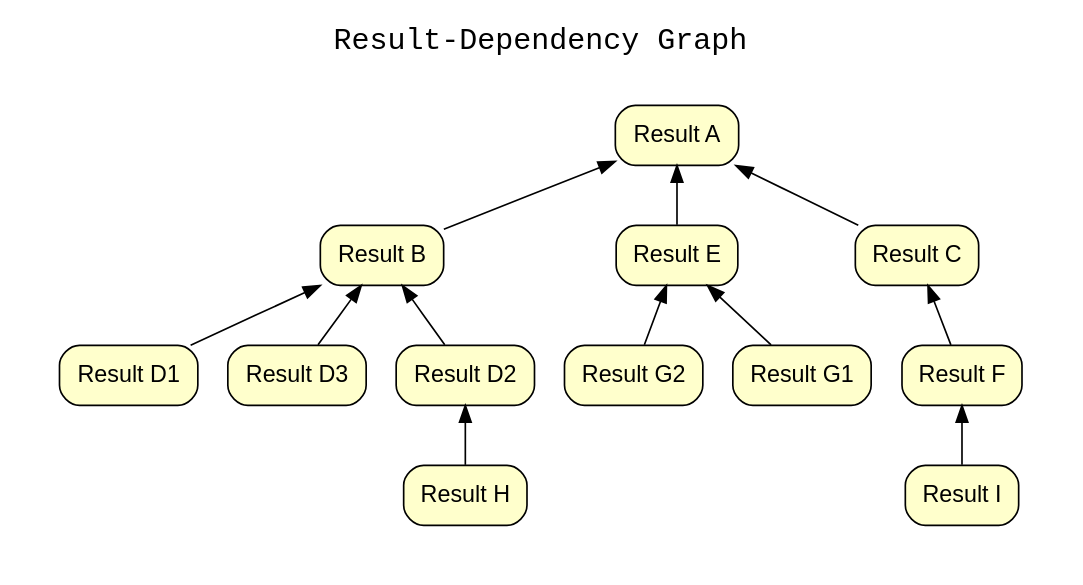
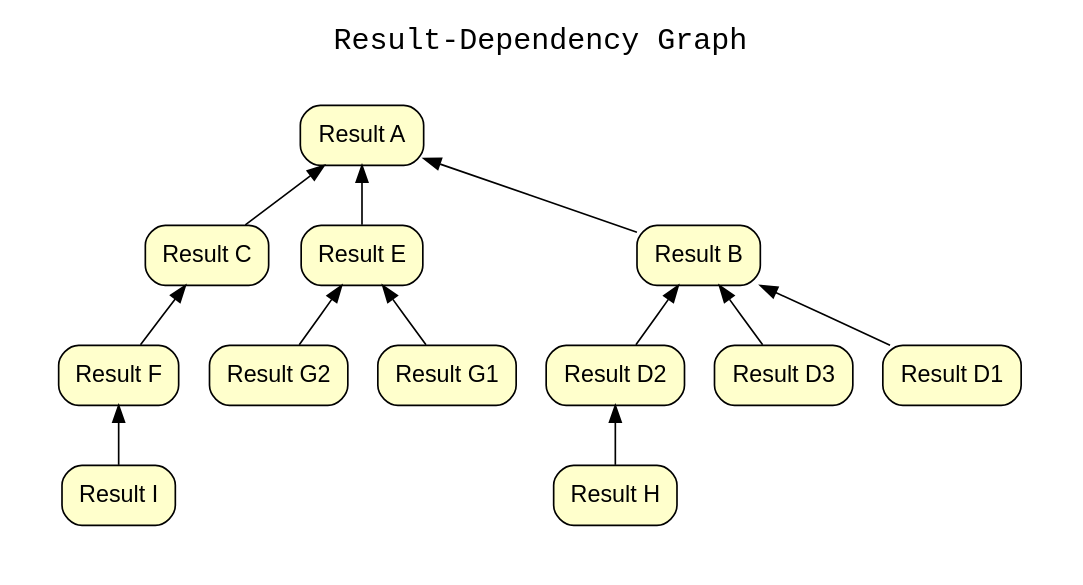
Before and after one commit to CIRSS/geist: the diagram in examples/02-blazegraph-examples/03-property-paths/outputs/S9.gv, drawn with Graphviz. The commit also changed other lines of this file and 4 other files, not shown here.

```diff
--- a/examples/02-blazegraph-examples/03-property-paths/outputs/S9.gv
+++ b/examples/02-blazegraph-examples/03-property-paths/outputs/S9.gv
@@ -1,40 +1,40 @@
 digraph wt_run {
 rankdir=BT
 
 fontname=Courier; fontsize=18; labelloc=t
 label="Result-Dependency Graph"
 
 subgraph cluster_citations { label=""; color=white; penwidth=0
 subgraph cluster_citations_inner { label=""; color=white
 
 # result nodes
 node[shape=box style="rounded,filled" fillcolor="#FFFFCC" peripheries=1 fontname=Helvetica]
 "http://learningsparql.com/ns/papers#resultA" [label="Result A"]
 "http://learningsparql.com/ns/papers#resultB" [label="Result B"]
 "http://learningsparql.com/ns/papers#resultC" [label="Result C"]
-"http://learningsparql.com/ns/papers#resultE" [label="Result E"]
-"http://learningsparql.com/ns/papers#resultF" [label="Result F"]
-"http://learningsparql.com/ns/papers#resultH" [label="Result H"]
-"http://learningsparql.com/ns/papers#resultI" [label="Result I"]
-"http://learningsparql.com/ns/papers#resultG1" [label="Result G1"]
-"http://learningsparql.com/ns/papers#resultG2" [label="Result G2"]
 "http://learningsparql.com/ns/papers#resultD1" [label="Result D1"]
 "http://learningsparql.com/ns/papers#resultD2" [label="Result D2"]
 "http://learningsparql.com/ns/papers#resultD3" [label="Result D3"]
+"http://learningsparql.com/ns/papers#resultE" [label="Result E"]
+"http://learningsparql.com/ns/papers#resultF" [label="Result F"]
+"http://learningsparql.com/ns/papers#resultG1" [label="Result G1"]
+"http://learningsparql.com/ns/papers#resultG2" [label="Result G2"]
+"http://learningsparql.com/ns/papers#resultH" [label="Result H"]
+"http://learningsparql.com/ns/papers#resultI" [label="Result I"]
 
 # result dependency edges
 "http://learningsparql.com/ns/papers#resultB" -> "http://learningsparql.com/ns/papers#resultA"
 "http://learningsparql.com/ns/papers#resultC" -> "http://learningsparql.com/ns/papers#resultA"
 "http://learningsparql.com/ns/papers#resultD1" -> "http://learningsparql.com/ns/papers#resultB"
 "http://learningsparql.com/ns/papers#resultD2" -> "http://learningsparql.com/ns/papers#resultB"
 "http://learningsparql.com/ns/papers#resultD3" -> "http://learningsparql.com/ns/papers#resultB"
 "http://learningsparql.com/ns/papers#resultE" -> "http://learningsparql.com/ns/papers#resultA"
 "http://learningsparql.com/ns/papers#resultF" -> "http://learningsparql.com/ns/papers#resultC"
 "http://learningsparql.com/ns/papers#resultG1" -> "http://learningsparql.com/ns/papers#resultE"
 "http://learningsparql.com/ns/papers#resultG2" -> "http://learningsparql.com/ns/papers#resultE"
 "http://learningsparql.com/ns/papers#resultH" -> "http://learningsparql.com/ns/papers#resultD2"
 "http://learningsparql.com/ns/papers#resultI" -> "http://learningsparql.com/ns/papers#resultF"
 
 }}
 
 }
```
